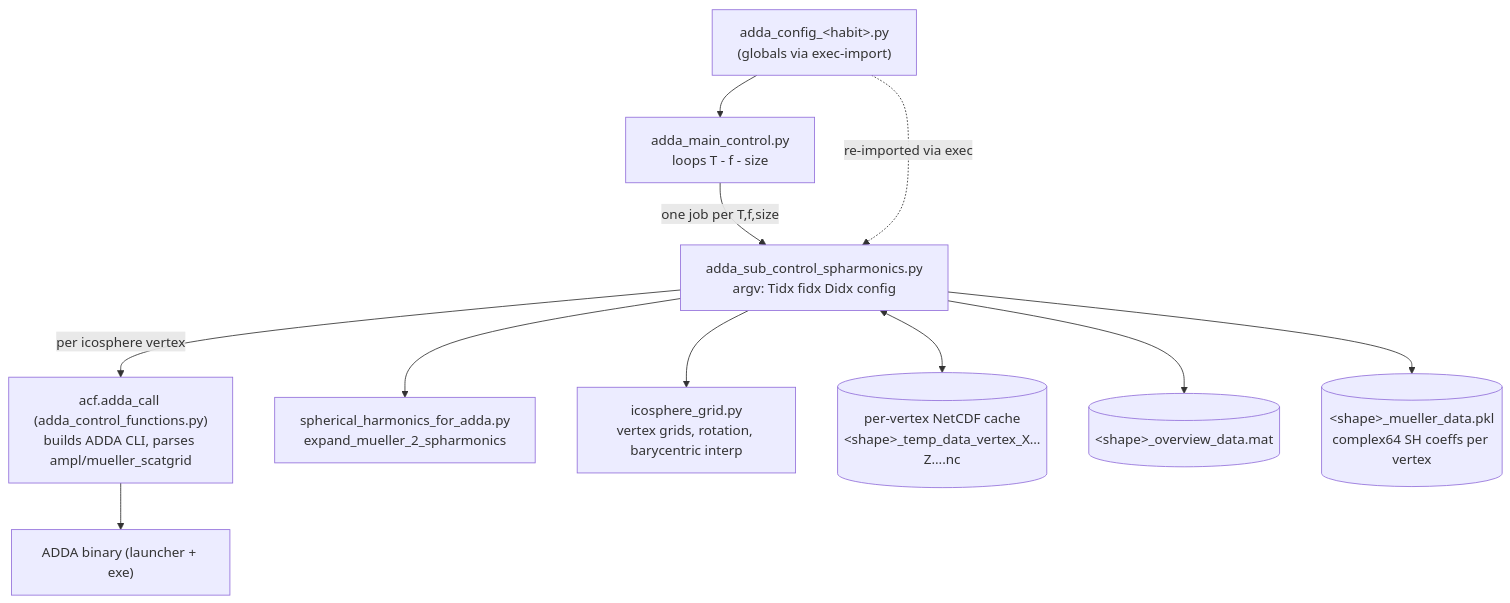
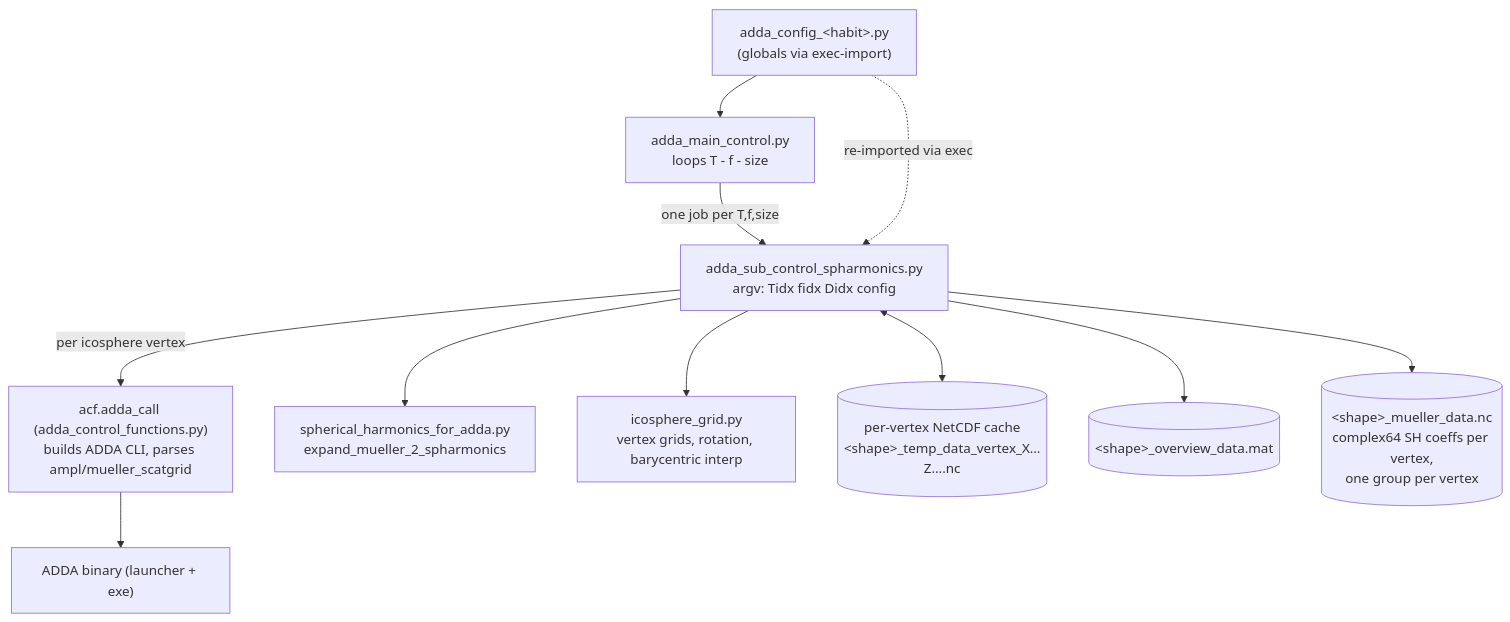
One commit to m-brath/DDA changed the second of 11 diagrams in docs/DDA-manual.md. Above: the diagram before and after it, drawn with Mermaid. The commit also changed other lines of this file and 10 other files, not shown here.

````diff
--- a/docs/DDA-manual.md
+++ b/docs/DDA-manual.md
@@ -567,12 +567,12 @@
 ```mermaid
 flowchart TD
     CFG["adda_config_&lt;habit&gt;.py<br/>(globals via exec-import)"] --> MC["adda_main_control.py<br/>loops T - f - size"]
     MC -->|one job per T,f,size| SUB["adda_sub_control_spharmonics.py<br/>argv: Tidx fidx Didx config"]
     CFG -.->|re-imported via exec| SUB
     SUB -->|"per icosphere vertex"| ACF["acf.adda_call (adda_control_functions.py)<br/>builds ADDA CLI, parses ampl/mueller_scatgrid"]
     ACF --> ADDA["ADDA binary (launcher + exe)"]
     SUB --> SPHA["spherical_harmonics_for_adda.py<br/>expand_mueller_2_spharmonics"]
     SUB --> ICO["icosphere_grid.py<br/>vertex grids, rotation, barycentric interp"]
     SUB <--> CACHE[("per-vertex NetCDF cache<br/>&lt;shape&gt;_temp_data_vertex_X…Z….nc")]
-    SUB --> MAT[("&lt;shape&gt;_overview_data.mat")] & PKL[("&lt;shape&gt;_mueller_data.pkl<br/>complex64 SH coeffs per vertex")]
+    SUB --> MAT[("&lt;shape&gt;_overview_data.mat")] & MNC[("&lt;shape&gt;_mueller_data.nc<br/>complex64 SH coeffs per vertex,<br/>one group per vertex")]
 ```
````
